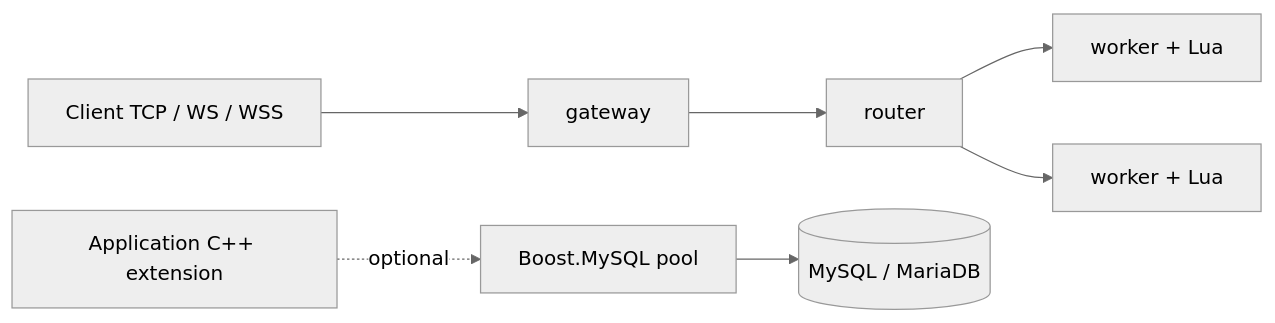
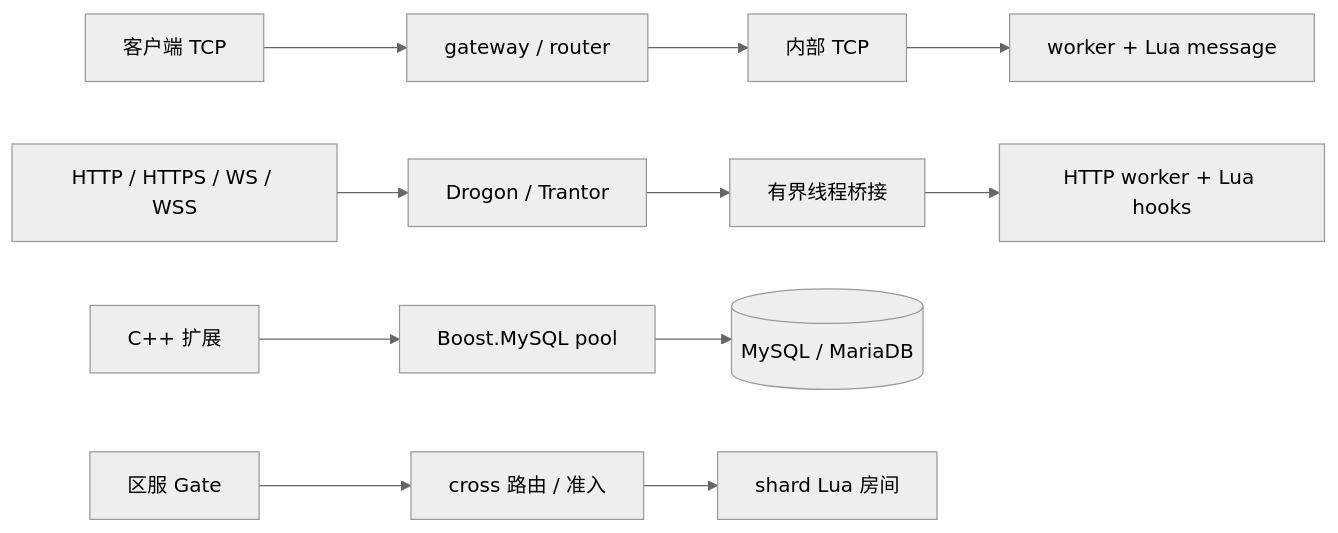
The diagram in README.zh-CN.md (cuihairu/mistlane), drawn with Mermaid (neutral theme) before and after one commit. The commit also changed other lines of this file and 69 other files, not shown here.

First line of the commit message:
feat: add cross-server roles, Lua services and operational tooling

````diff
--- a/README.zh-CN.md
+++ b/README.zh-CN.md
@@ -17,9 +35,13 @@
 ```mermaid
 flowchart LR
-  C[Client TCP / WS / WSS] --> G[gateway]
-  G --> R[router]
-  R --> W1[worker + Lua]
-  R --> W2[worker + Lua]
-  A[Application C++ extension] -. optional .-> P[Boost.MySQL pool]
+  C[客户端 TCP] --> G[gateway / router]
+  G --> R[内部 TCP]
+  R --> W[worker + Lua message]
+  H[HTTP / HTTPS / WS / WSS] --> D[Drogon / Trantor]
+  D --> B[有界线程桥接]
+  B --> L[HTTP worker + Lua hooks]
+  A[C++ 扩展] --> P[Boost.MySQL pool]
   P --> DB[(MySQL / MariaDB)]
+  E[区服 Gate] --> X[cross 路由 / 准入]
+  X --> S[shard Lua 房间]
 ```
````
